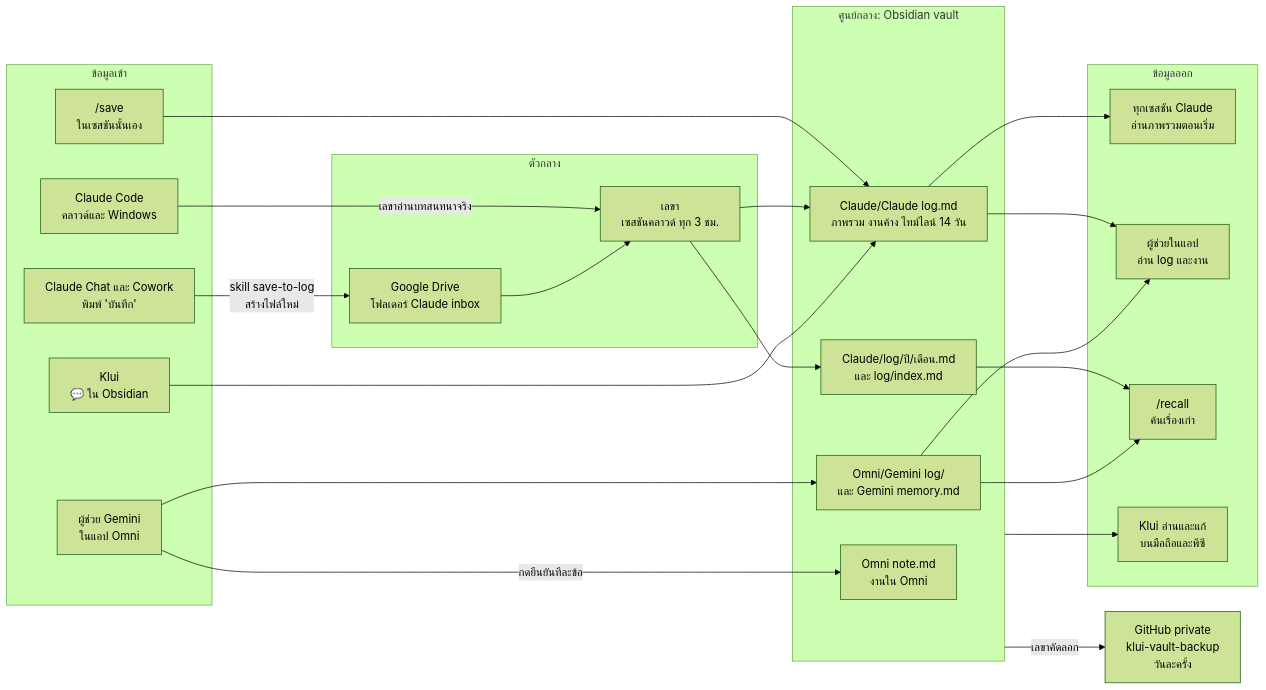
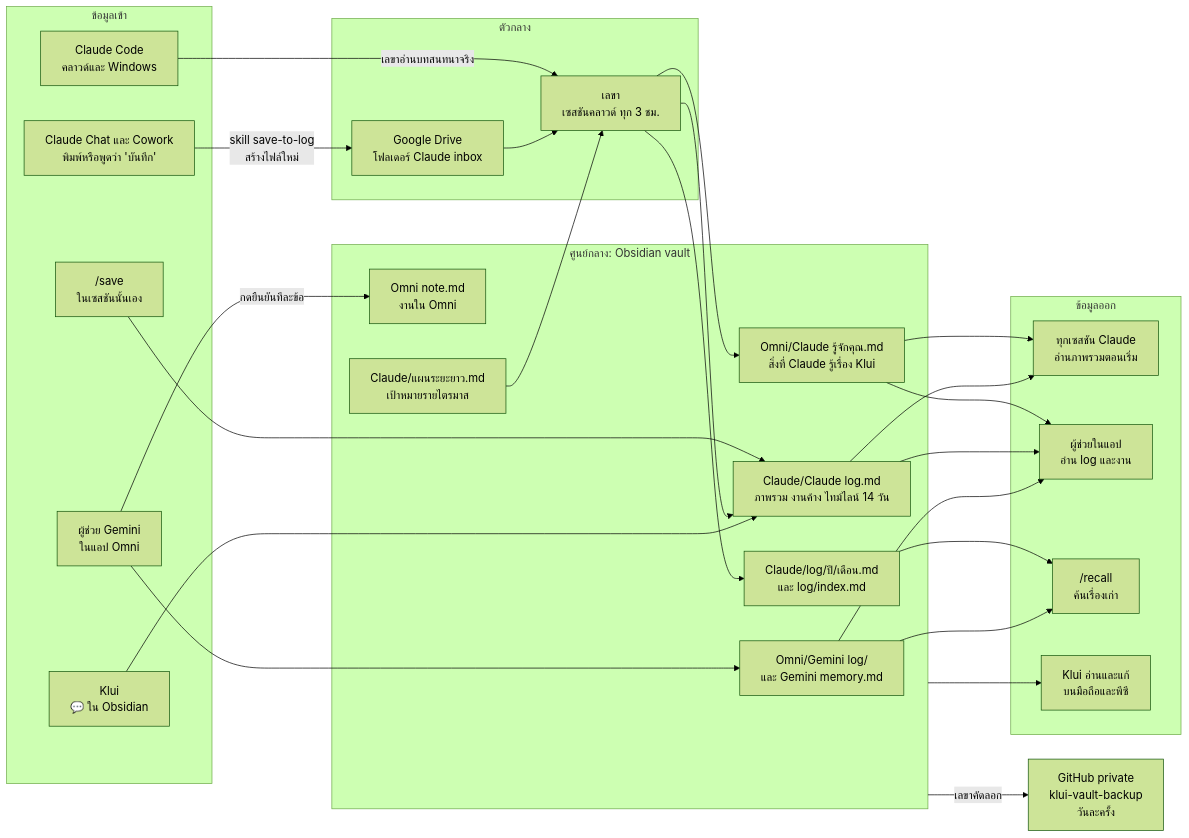
The first of 7 diagrams in docs/vault/Claude/ระบบเลขา.md (klui2543/omni-task), drawn with Mermaid (forest theme) before and after one commit. The commit also changed other lines of this file and 4 other files, not shown here.

First line of the commit message:
Secretary/10: Claude knows-you note, long-term plan, month condense, room rotation

````diff
--- a/docs/vault/Claude/ระบบเลขา.md
+++ b/docs/vault/Claude/ระบบเลขา.md
@@ -13,48 +13,54 @@
 ```mermaid
 flowchart LR
   subgraph IN["ข้อมูลเข้า"]
     CODE["Claude Code<br/>คลาวด์และ Windows"]
     SAVE["/save<br/>ในเซสชันนั้นเอง"]
-    CHAT["Claude Chat และ Cowork<br/>พิมพ์ 'บันทึก'"]
+    CHAT["Claude Chat และ Cowork<br/>พิมพ์หรือพูดว่า 'บันทึก'"]
     OMNI["ผู้ช่วย Gemini<br/>ในแอป Omni"]
     ME["Klui<br/>💬 ใน Obsidian"]
   end
 
   subgraph MID["ตัวกลาง"]
     INBOX["Google Drive<br/>โฟลเดอร์ Claude inbox"]
     SEC["เลขา<br/>เซสชันคลาวด์ ทุก 3 ชม."]
   end
 
   subgraph HUB["ศูนย์กลาง: Obsidian vault"]
     LOG["Claude/Claude log.md<br/>ภาพรวม งานค้าง ไทม์ไลน์ 14 วัน"]
     MONTH["Claude/log/ปี/เดือน.md<br/>และ log/index.md"]
     GLOG["Omni/Gemini log/<br/>และ Gemini memory.md"]
     TASKS["Omni note.md<br/>งานใน Omni"]
+    KNOW["Omni/Claude รู้จักคุณ.md<br/>สิ่งที่ Claude รู้เรื่อง Klui"]
+    PLAN["Claude/แผนระยะยาว.md<br/>เป้าหมายรายไตรมาส"]
   end
 
   subgraph OUT["ข้อมูลออก"]
     READ["ทุกเซสชัน Claude<br/>อ่านภาพรวมตอนเริ่ม"]
     ASK["ผู้ช่วยในแอป<br/>อ่าน log และงาน"]
     RECALL["/recall<br/>ค้นเรื่องเก่า"]
     PHONE["Klui อ่านและแก้<br/>บนมือถือและพีซี"]
   end
 
   BACKUP["GitHub private<br/>klui-vault-backup<br/>วันละครั้ง"]
 
   CODE -->|"เลขาอ่านบทสนทนาจริง"| SEC
   SAVE --> LOG
   CHAT -->|"skill save-to-log<br/>สร้างไฟล์ใหม่"| INBOX
   INBOX --> SEC
   SEC --> LOG
   SEC --> MONTH
+  SEC --> KNOW
+  PLAN --> SEC
+  KNOW --> READ
+  KNOW --> ASK
   OMNI --> GLOG
   OMNI -->|"กดยืนยันทีละข้อ"| TASKS
   ME --> LOG
   LOG --> READ
   LOG --> ASK
   GLOG --> ASK
   MONTH --> RECALL
   GLOG --> RECALL
   HUB --> PHONE
   HUB -->|"เลขาคัดลอก"| BACKUP
 ```
````
